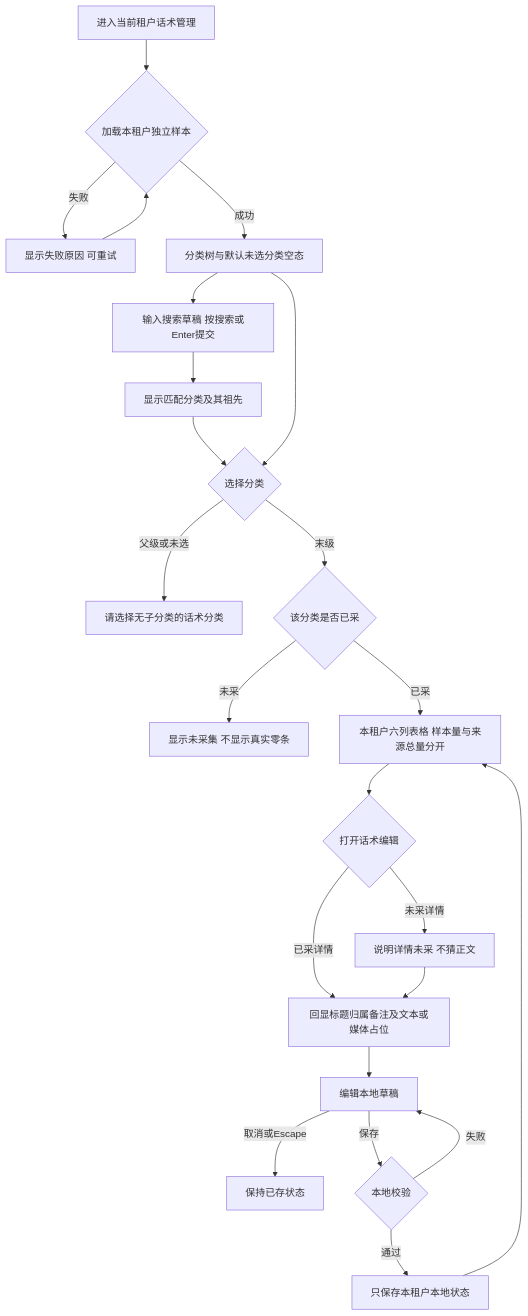
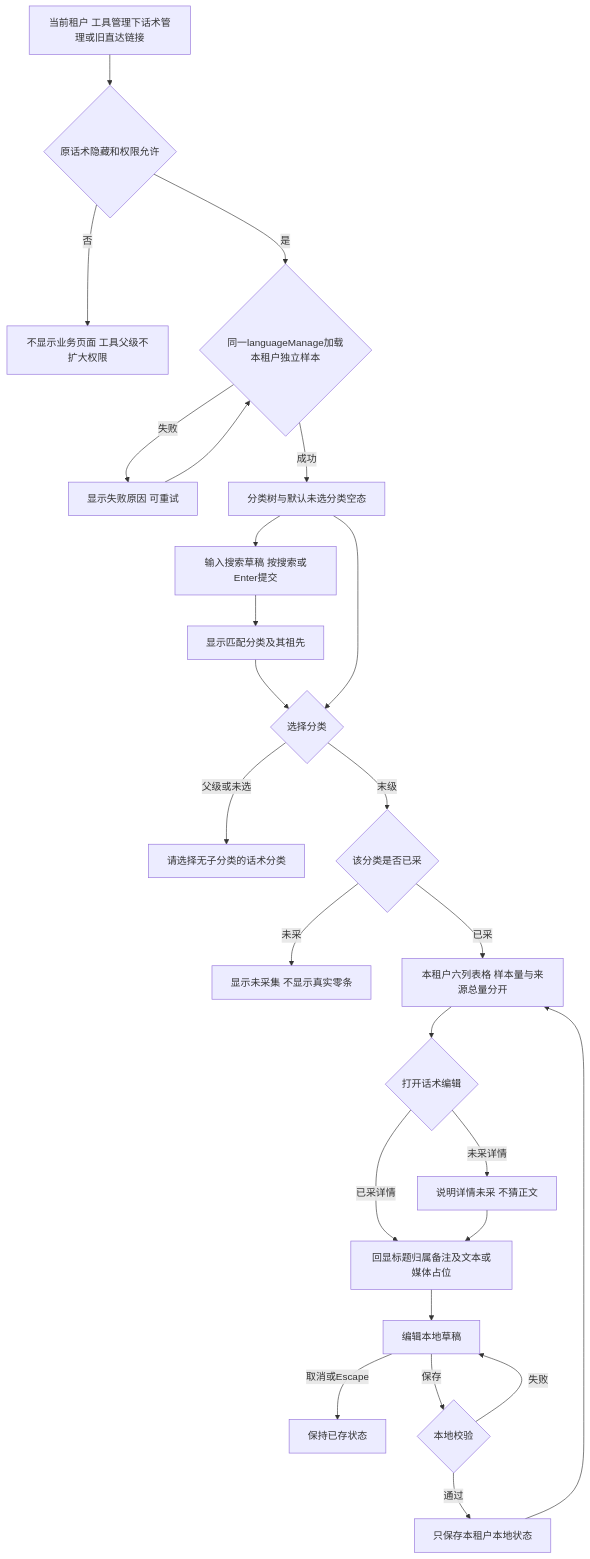
One commit to xfang9528-glitch/suiyin-admin changed the first of 2 diagrams in flowcharts/language-manage.md. Above: the diagram before and after it, drawn with Mermaid. The commit also changed other lines of this file and 190 other files, not shown here.

````diff
--- a/flowcharts/language-manage.md
+++ b/flowcharts/language-manage.md
@@ -5,25 +5,27 @@
 ```mermaid
 flowchart TD
-    Enter[进入当前租户话术管理] --> Load{加载本租户独立样本}
+    Enter[当前租户 工具管理下话术管理或旧直达链接] --> Permission{原话术隐藏和权限允许}
+    Permission -->|否| Denied[不显示业务页面 工具父级不扩大权限]
+    Permission -->|是| Load{同一languageManage加载本租户独立样本}
     Load -->|失败| Retry[显示失败原因 可重试]
     Retry --> Load
     Load -->|成功| Tree[分类树与默认未选分类空态]
     Tree --> Search[输入搜索草稿 按搜索或Enter提交]
     Search --> Match[显示匹配分类及其祖先]
     Match --> Choose{选择分类}
     Tree --> Choose
     Choose -->|父级或未选| Prompt[请选择无子分类的话术分类]
     Choose -->|末级| State{该分类是否已采}
     State -->|未采| Unknown[显示未采集 不显示真实零条]
     State -->|已采| List[本租户六列表格 样本量与来源总量分开]
     List --> Detail{打开话术编辑}
     Detail -->|已采详情| Form[回显标题归属备注及文本或媒体占位]
     Detail -->|未采详情| Gap[说明详情未采 不猜正文]
     Gap --> Form
     Form --> Draft[编辑本地草稿]
     Draft -->|取消或Escape| Keep[保持已存状态]
     Draft -->|保存| Valid{本地校验}
     Valid -->|失败| Draft
     Valid -->|通过| Save[只保存本租户本地状态]
     Save --> List
 ```
````
